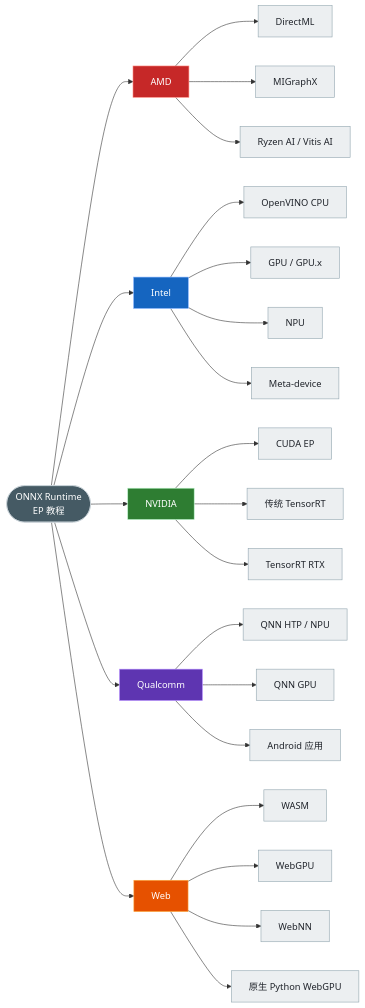
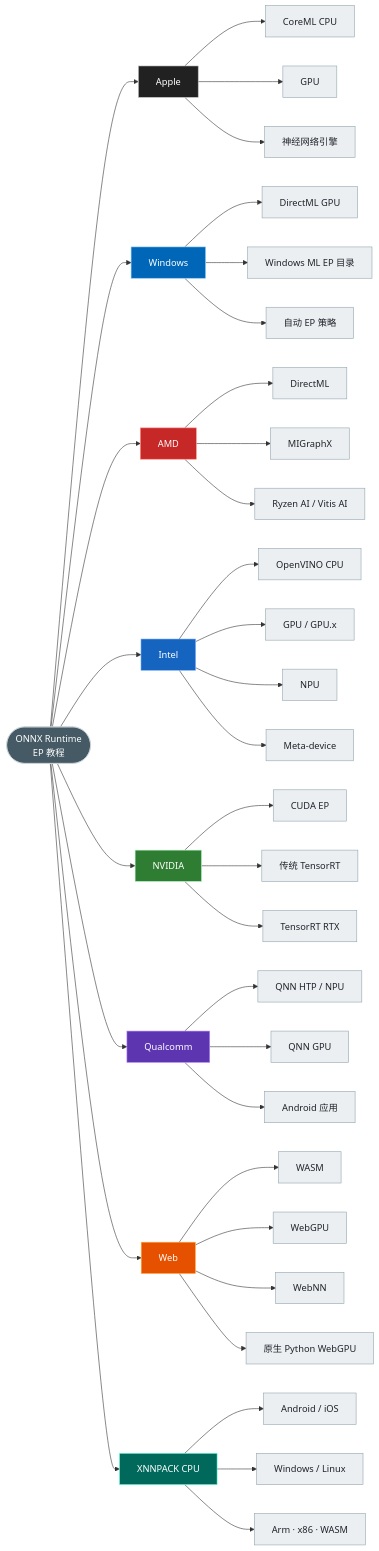
The first of 7 diagrams in README.zh-CN.md (DakeQQ/Tutorial-ONNX-Runtime-Execution-Providers), drawn with Mermaid before and after one commit. The commit also changed other lines of this file and 15 other files, not shown here.

````diff
--- a/README.zh-CN.md
+++ b/README.zh-CN.md
@@ -26,25 +29,34 @@
 ```mermaid
 flowchart LR
     ROOT(["ONNX Runtime<br/>EP 教程"])
+    ROOT --> APPLE["Apple"]
+    ROOT --> WIN["Windows"]
     ROOT --> AMD["AMD"]
     ROOT --> INTEL["Intel"]
     ROOT --> NV["NVIDIA"]
     ROOT --> QC["Qualcomm"]
     ROOT --> WEB["Web"]
+    ROOT --> XNN["XNNPACK CPU"]
 
+    APPLE --> APPa["CoreML CPU"] & APPb["GPU"] & APPc["神经网络引擎"]
+    WIN --> WINa["DirectML GPU"] & WINb["Windows ML EP 目录"] & WINc["自动 EP 策略"]
     AMD --> AMDa["DirectML"] & AMDb["MIGraphX"] & AMDc["Ryzen AI / Vitis AI"]
     INTEL --> INTa["OpenVINO CPU"] & INTb["GPU / GPU.x"] & INTc["NPU"] & INTd["Meta-device"]
     NV --> NVa["CUDA EP"] & NVb["传统 TensorRT"] & NVc["TensorRT RTX"]
     QC --> QCa["QNN HTP / NPU"] & QCb["QNN GPU"] & QCc["Android 应用"]
     WEB --> WEBa["WASM"] & WEBb["WebGPU"] & WEBc["WebNN"] & WEBd["原生 Python WebGPU"]
+    XNN --> XNNa["Android / iOS"] & XNNb["Windows / Linux"] & XNNc["Arm · x86 · WASM"]
 
     classDef leaf fill:#eceff1,stroke:#90a4ae,color:#20242b;
-    class AMDa,AMDb,AMDc,INTa,INTb,INTc,INTd,NVa,NVb,NVc,QCa,QCb,QCc,WEBa,WEBb,WEBc,WEBd leaf;
+    class APPa,APPb,APPc,WINa,WINb,WINc,AMDa,AMDb,AMDc,INTa,INTb,INTc,INTd,NVa,NVb,NVc,QCa,QCb,QCc,WEBa,WEBb,WEBc,WEBd,XNNa,XNNb,XNNc leaf;
 
     style ROOT fill:#455a64,stroke:#cfd8dc,stroke-width:1px,color:#ffffff
+    style APPLE fill:#212121,stroke:#bdbdbd,color:#ffffff
+    style WIN fill:#0067b8,stroke:#8dc8f4,color:#ffffff
     style AMD fill:#c62828,stroke:#ff8a80,color:#ffffff
     style INTEL fill:#1565c0,stroke:#82b1ff,color:#ffffff
     style NV fill:#2e7d32,stroke:#b9f6ca,color:#ffffff
     style QC fill:#5e35b1,stroke:#b388ff,color:#ffffff
     style WEB fill:#e65100,stroke:#ffab40,color:#ffffff
+    style XNN fill:#00695c,stroke:#64ffda,color:#ffffff
 ```
````
